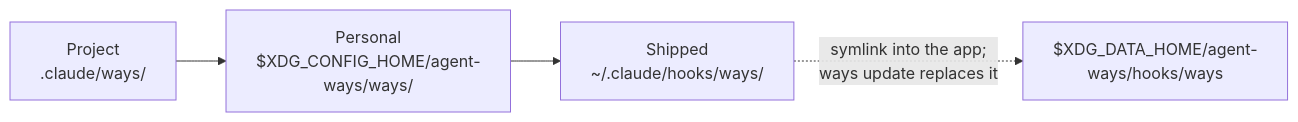
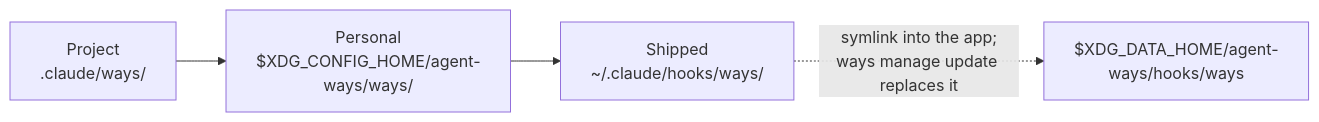
The diagram in docs/hooks-and-ways/extending.md (aaronsb/agent-ways), drawn with Mermaid before and after one commit. The commit also changed other lines of this file and 11 other files, not shown here.

First line of the commit message:
docs(manage): document the ways manage group and reinstall

````diff
--- a/docs/hooks-and-ways/extending.md
+++ b/docs/hooks-and-ways/extending.md
@@ -15,5 +15,5 @@
 ```mermaid
 flowchart LR
     P["Project<br/>.claude/ways/"] --> U["Personal<br/>$XDG_CONFIG_HOME/agent-ways/ways/"] --> S["Shipped<br/>~/.claude/hooks/ways/"]
-    S -. "symlink into the app;<br/>ways update replaces it" .-> A["$XDG_DATA_HOME/agent-ways/hooks/ways"]
+    S -. "symlink into the app;<br/>ways manage update replaces it" .-> A["$XDG_DATA_HOME/agent-ways/hooks/ways"]
 ```
````
